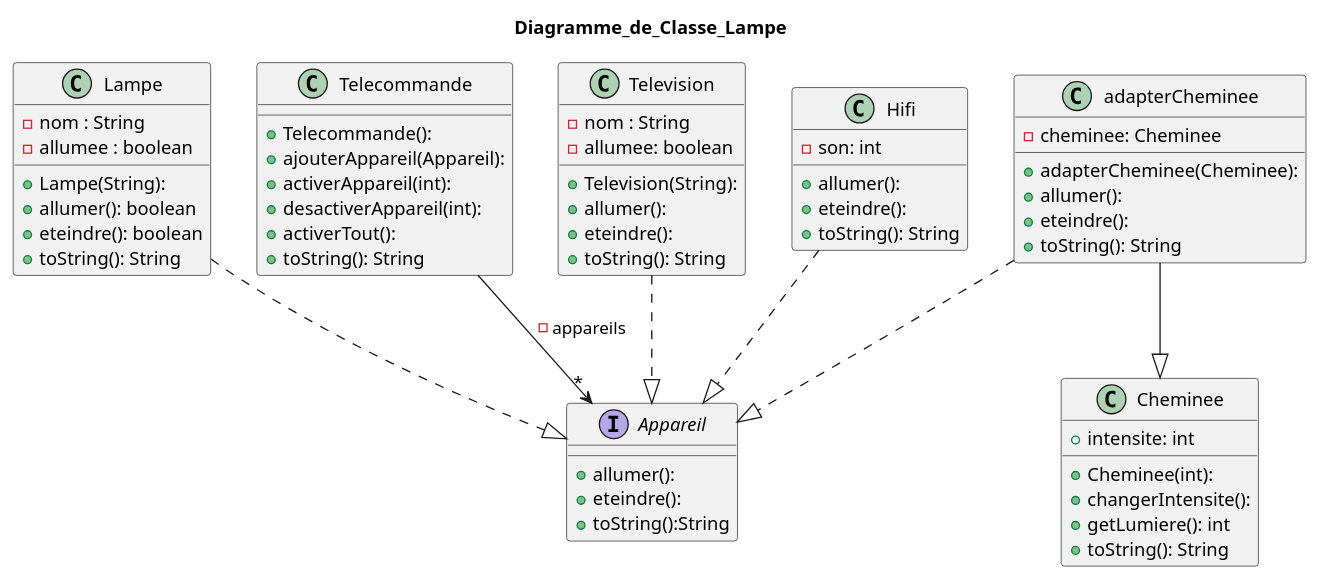
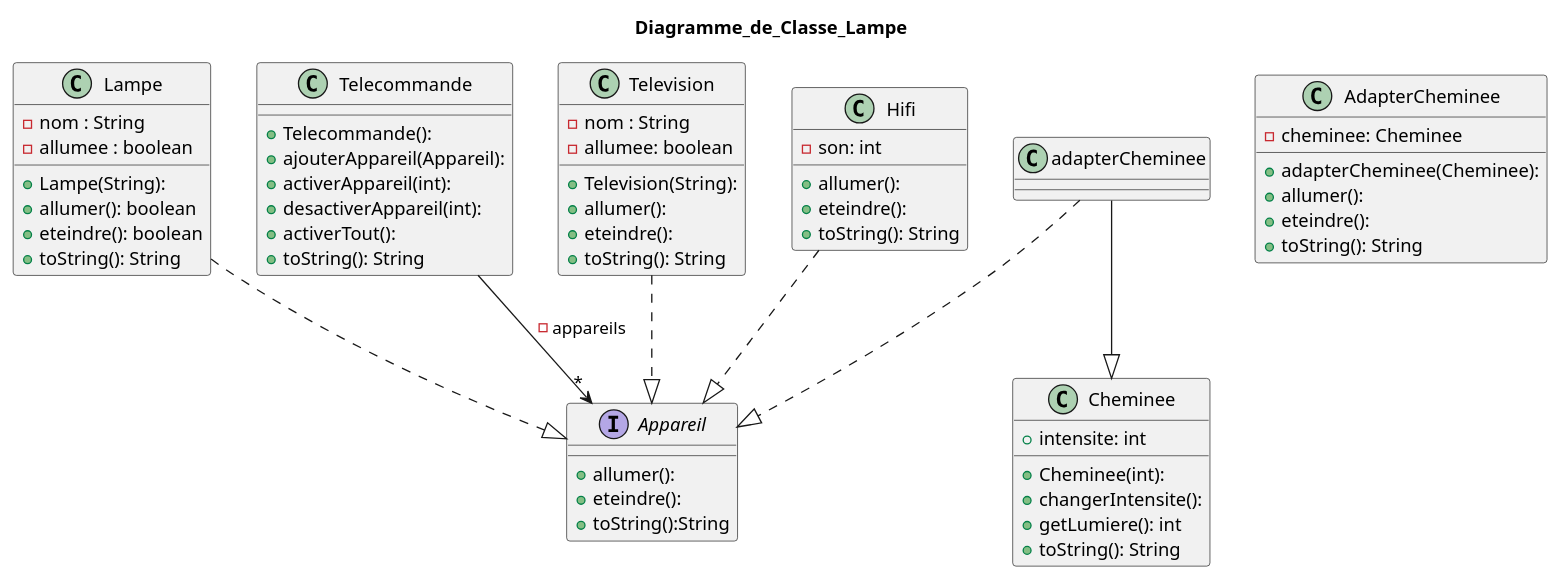
Before and after one commit to KeasCrimson/2026_coo_domotique.chaty.delvaux: the diagram in New_DiagrammeDeClasseTelecommande.wsd, drawn with PlantUML.

Commit message:
Modification de la class AdapterCheminee dans le diagramme de class

```diff
--- a/New_DiagrammeDeClasseTelecommande.wsd
+++ b/New_DiagrammeDeClasseTelecommande.wsd
@@ -1,71 +1,71 @@
 @startuml
 title Diagramme_de_Classe_Lampe
 
 class Lampe{
     -nom : String
     -allumee : boolean
 
     +Lampe(String):
     +allumer(): boolean
     +eteindre(): boolean
     +toString(): String
 }
 
 interface Appareil{
     +allumer():
     +eteindre():
     +toString():String
 }
 
 
 class Telecommande{
     +Telecommande():
     +ajouterAppareil(Appareil):
     +activerAppareil(int):
     +desactiverAppareil(int):
     +activerTout():
     +toString(): String
 }
 
 class Television{
     -nom : String
     -allumee: boolean
 
     +Television(String):
     +allumer():
     +eteindre():
     +toString(): String
 }
 
 class Hifi{
     -son: int
 
     +allumer():
     +eteindre():
     +toString(): String
 }
 class Cheminee {
     +intensite: int
     
     +Cheminee(int):
     +changerIntensite():
     +getLumiere(): int
     +toString(): String
 }
-class adapterCheminee{
+class AdapterCheminee{
     -cheminee: Cheminee
 
     +adapterCheminee(Cheminee):
     +allumer():
     +eteindre():
     +toString(): String
 }
 
 Lampe..|> Appareil
 Hifi..|> Appareil
 Telecommande-->"*"Appareil: -appareils
 Television..|>Appareil
 adapterCheminee..|> Appareil
 adapterCheminee--|> Cheminee
 
 @enduml
```
